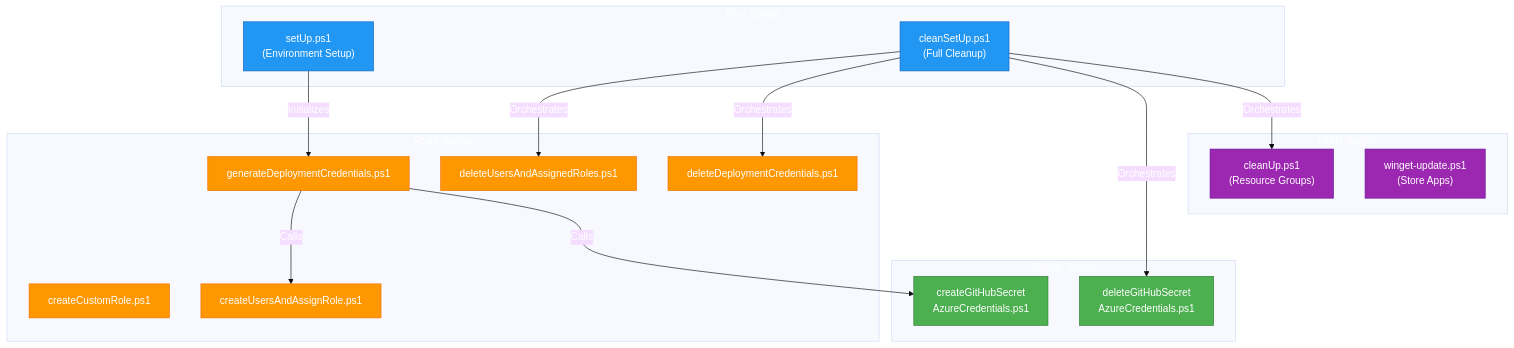
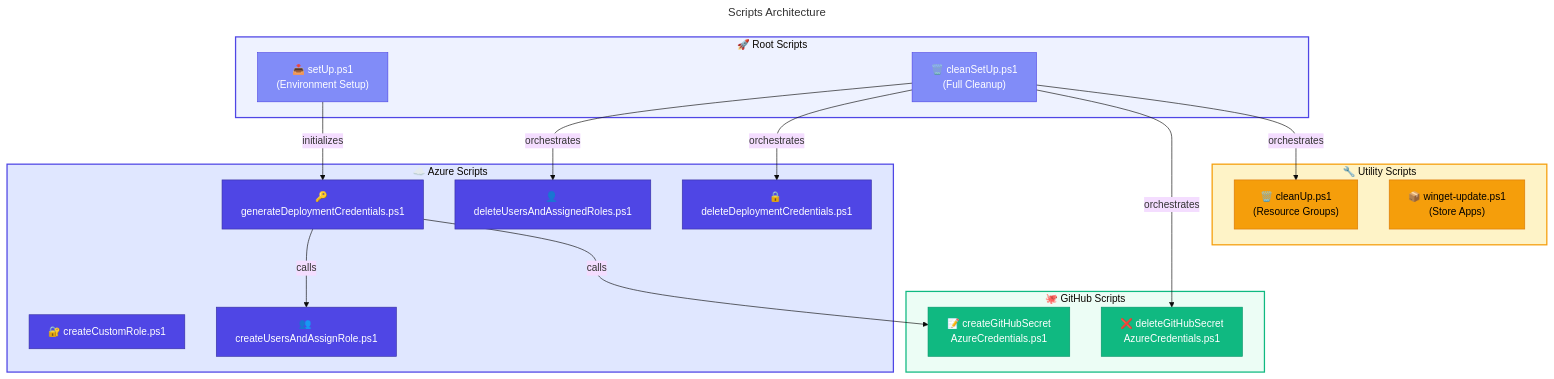
The first of 2 diagrams in docs/scripts/README.md (Evilazaro/DevExp-DevBox), drawn with Mermaid (base theme) before and after one commit. The commit also changed other lines of this file and 2 other files, not shown here.

Commit message:
Enhance setup script documentation by improving flow visualizations with clearer labels, emojis, and refined connections for better clarity and navigation.

````diff
--- a/docs/scripts/README.md
+++ b/docs/scripts/README.md
@@ -61,39 +61,59 @@
 ```mermaid
+---
+title: Scripts Architecture
+---
 flowchart TB
-    subgraph RootScripts["Root Scripts"]
-        setUp["setUp.ps1\n(Environment Setup)"]:::root
-        cleanSetUp["cleanSetUp.ps1\n(Full Cleanup)"]:::root
+    %% ===== ROOT SCRIPTS =====
+    subgraph RootScripts["🚀 Root Scripts"]
+        setUp["📥 setUp.ps1<br/>(Environment Setup)"]
+        cleanSetUp["🗑️ cleanSetUp.ps1<br/>(Full Cleanup)"]
     end
     
-    subgraph AzureScripts["Azure Scripts"]
-        createRole["createCustomRole.ps1"]:::azure
-        createUsers["createUsersAndAssignRole.ps1"]:::azure
-        genCreds["generateDeploymentCredentials.ps1"]:::azure
-        deleteUsers["deleteUsersAndAssignedRoles.ps1"]:::azure
-        deleteCreds["deleteDeploymentCredentials.ps1"]:::azure
+    %% ===== AZURE SCRIPTS =====
+    subgraph AzureScripts["☁️ Azure Scripts"]
+        createRole["🔐 createCustomRole.ps1"]
+        createUsers["👥 createUsersAndAssignRole.ps1"]
+        genCreds["🔑 generateDeploymentCredentials.ps1"]
+        deleteUsers["👤 deleteUsersAndAssignedRoles.ps1"]
+        deleteCreds["🔒 deleteDeploymentCredentials.ps1"]
     end
     
-    subgraph GitHubScripts["GitHub Scripts"]
-        createSecret["createGitHubSecret\nAzureCredentials.ps1"]:::github
-        deleteSecret["deleteGitHubSecret\nAzureCredentials.ps1"]:::github
+    %% ===== GITHUB SCRIPTS =====
+    subgraph GitHubScripts["🐙 GitHub Scripts"]
+        createSecret["📝 createGitHubSecret<br/>AzureCredentials.ps1"]
+        deleteSecret["❌ deleteGitHubSecret<br/>AzureCredentials.ps1"]
     end
     
-    subgraph UtilityScripts["Utility Scripts"]
-        cleanUp["cleanUp.ps1\n(Resource Groups)"]:::utility
-        wingetUpdate["winget-update.ps1\n(Store Apps)"]:::utility
+    %% ===== UTILITY SCRIPTS =====
+    subgraph UtilityScripts["🔧 Utility Scripts"]
+        cleanUp["🗑️ cleanUp.ps1<br/>(Resource Groups)"]
+        wingetUpdate["📦 winget-update.ps1<br/>(Store Apps)"]
     end
     
-    setUp -->|"Initializes"| genCreds
-    genCreds -->|"Calls"| createUsers
-    genCreds -->|"Calls"| createSecret
+    %% ===== CONNECTIONS =====
+    setUp -->|initializes| genCreds
+    genCreds -->|calls| createUsers
+    genCreds -->|calls| createSecret
     
-    cleanSetUp -->|"Orchestrates"| deleteUsers
-    cleanSetUp -->|"Orchestrates"| deleteCreds
-    cleanSetUp -->|"Orchestrates"| deleteSecret
-    cleanSetUp -->|"Orchestrates"| cleanUp
+    cleanSetUp -->|orchestrates| deleteUsers
+    cleanSetUp -->|orchestrates| deleteCreds
+    cleanSetUp -->|orchestrates| deleteSecret
+    cleanSetUp -->|orchestrates| cleanUp
 
-    classDef root fill:#2196F3,stroke:#1565C0,color:#fff
-    classDef azure fill:#FF9800,stroke:#EF6C00,color:#fff
-    classDef github fill:#4CAF50,stroke:#2E7D32,color:#fff
-    classDef utility fill:#9C27B0,stroke:#6A1B9A,color:#fff
+    %% ===== STYLES =====
+    classDef trigger fill:#818CF8,stroke:#4F46E5,color:#FFFFFF
+    classDef primary fill:#4F46E5,stroke:#3730A3,color:#FFFFFF
+    classDef secondary fill:#10B981,stroke:#059669,color:#FFFFFF
+    classDef datastore fill:#F59E0B,stroke:#D97706,color:#000000
+    
+    class setUp,cleanSetUp trigger
+    class createRole,createUsers,genCreds,deleteUsers,deleteCreds primary
+    class createSecret,deleteSecret secondary
+    class cleanUp,wingetUpdate datastore
+    
+    %% ===== SUBGRAPH STYLES =====
+    style RootScripts fill:#EEF2FF,stroke:#4F46E5,stroke-width:2px
+    style AzureScripts fill:#E0E7FF,stroke:#4F46E5,stroke-width:2px
+    style GitHubScripts fill:#ECFDF5,stroke:#10B981,stroke-width:2px
+    style UtilityScripts fill:#FEF3C7,stroke:#F59E0B,stroke-width:2px
 ```
````
